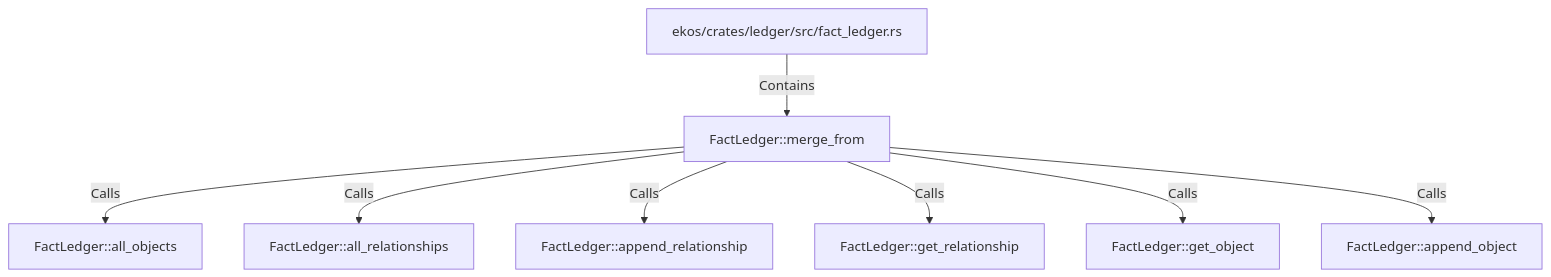
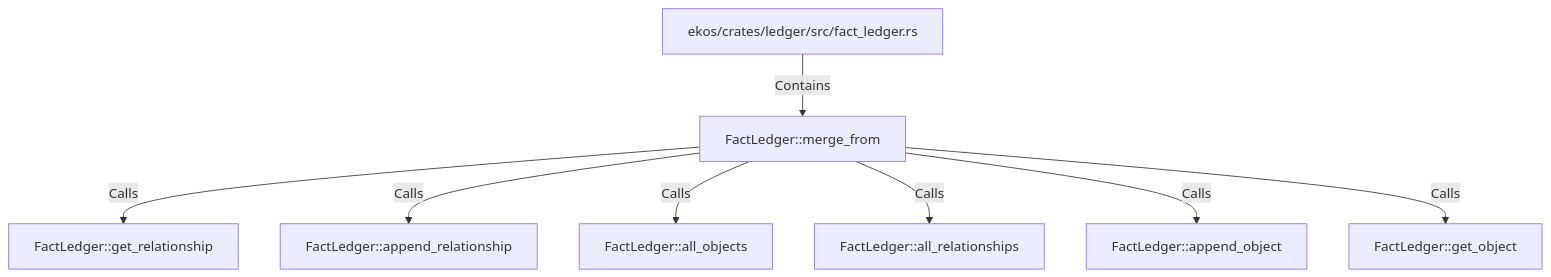
One commit to alexeyban/EKOS changed the diagram in doc/entities/rustsymbol/fa/factledger-merge-from.md. Above: the diagram before and after it, drawn with Mermaid. The commit also changed other lines of this file and 552 other files, not shown here.

````diff
--- a/doc/entities/rustsymbol/fa/factledger-merge-from.md
+++ b/doc/entities/rustsymbol/fa/factledger-merge-from.md
@@ -26,18 +26,18 @@
 ```mermaid
 graph TD
     nf49a099fa554518292003f842f56b4b7["FactLedger::merge_from"]
     neadcb59e818f5d1eaf87ff29aba11423["ekos/crates/ledger/src/fact_ledger.rs"]
     neadcb59e818f5d1eaf87ff29aba11423 -->|Contains| nf49a099fa554518292003f842f56b4b7
+    nc6fb9c166ed55cea98ef75a6ed96b979["FactLedger::get_relationship"]
+    nf49a099fa554518292003f842f56b4b7 -->|Calls| nc6fb9c166ed55cea98ef75a6ed96b979
+    n13eab4a6a1855803a0908def742c8045["FactLedger::append_relationship"]
+    nf49a099fa554518292003f842f56b4b7 -->|Calls| n13eab4a6a1855803a0908def742c8045
     n10d9bb5d983b571b80a4980eda139690["FactLedger::all_objects"]
     nf49a099fa554518292003f842f56b4b7 -->|Calls| n10d9bb5d983b571b80a4980eda139690
     n09e0491854985c948d69c84e67fef17d["FactLedger::all_relationships"]
     nf49a099fa554518292003f842f56b4b7 -->|Calls| n09e0491854985c948d69c84e67fef17d
-    n13eab4a6a1855803a0908def742c8045["FactLedger::append_relationship"]
-    nf49a099fa554518292003f842f56b4b7 -->|Calls| n13eab4a6a1855803a0908def742c8045
-    nc6fb9c166ed55cea98ef75a6ed96b979["FactLedger::get_relationship"]
-    nf49a099fa554518292003f842f56b4b7 -->|Calls| nc6fb9c166ed55cea98ef75a6ed96b979
+    n80968d4b8f2c5ecc936842863245986e["FactLedger::append_object"]
+    nf49a099fa554518292003f842f56b4b7 -->|Calls| n80968d4b8f2c5ecc936842863245986e
     n7c9ba14e5785578988ede471ea3451de["FactLedger::get_object"]
     nf49a099fa554518292003f842f56b4b7 -->|Calls| n7c9ba14e5785578988ede471ea3451de
-    n80968d4b8f2c5ecc936842863245986e["FactLedger::append_object"]
-    nf49a099fa554518292003f842f56b4b7 -->|Calls| n80968d4b8f2c5ecc936842863245986e
 ```
````
